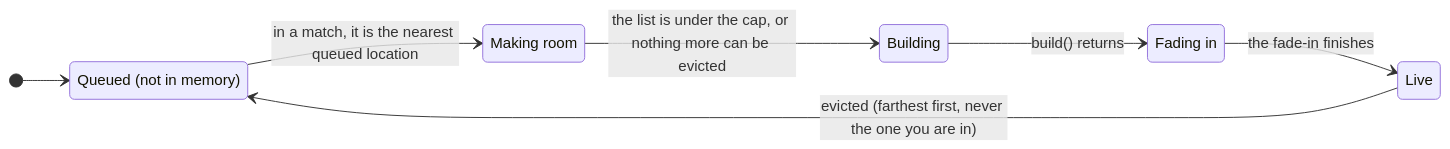
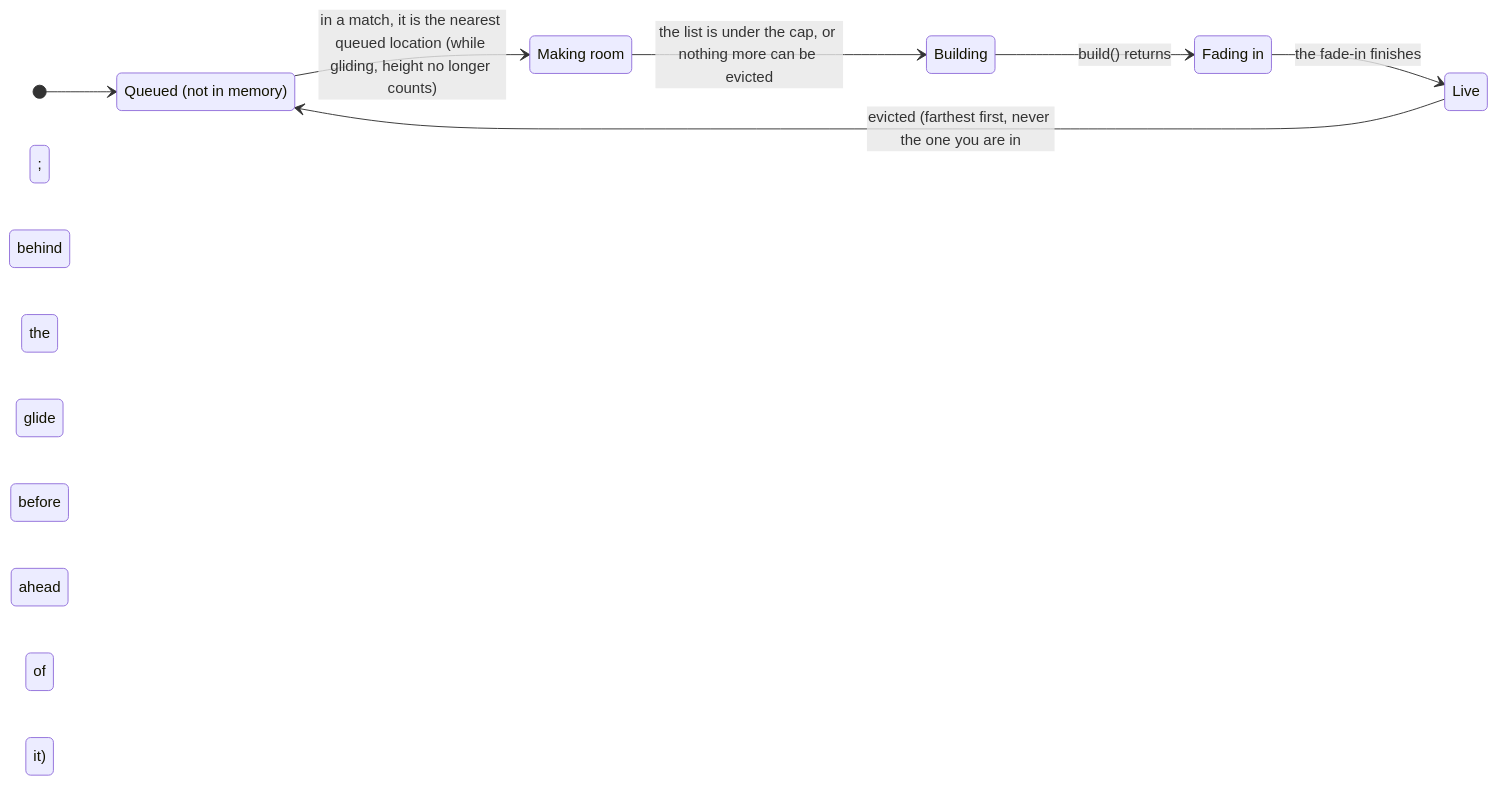
The first of 2 diagrams in docs/statecharts/poi-residency.md (RayFernando1337/kongroyale), drawn with Mermaid before and after one commit. The commit also changed other lines of this file and 10 other files, not shown here.

````diff
--- a/docs/statecharts/poi-residency.md
+++ b/docs/statecharts/poi-residency.md
@@ -19,15 +24,15 @@
 ```mermaid
 stateDiagram-v2
   direction LR
   queued: Queued (not in memory)
   trimming: Making room
   building: Building
   integrating: Fading in
   live: Live
   [*] --> queued
-  queued --> trimming: in a match, it is the nearest queued location
+  queued --> trimming: in a match, it is the nearest queued location (while gliding, height no longer counts)
   trimming --> building: the list is under the cap, or nothing more can be evicted
   building --> integrating: build() returns
   integrating --> live: the fade-in finishes
-  live --> queued: evicted (farthest first, never the one you are in)
+  live --> queued: evicted (farthest first, never the one you are in; behind the glide before ahead of it)
 ```
````
